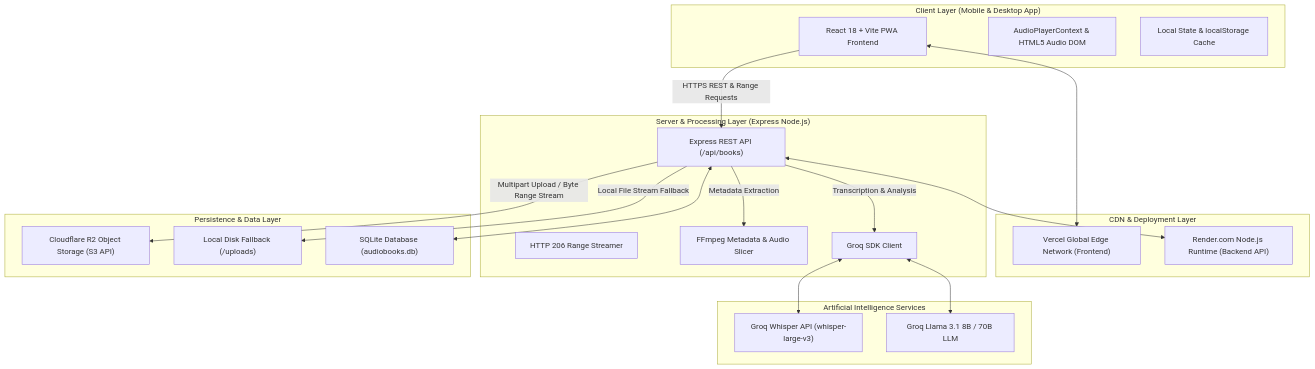
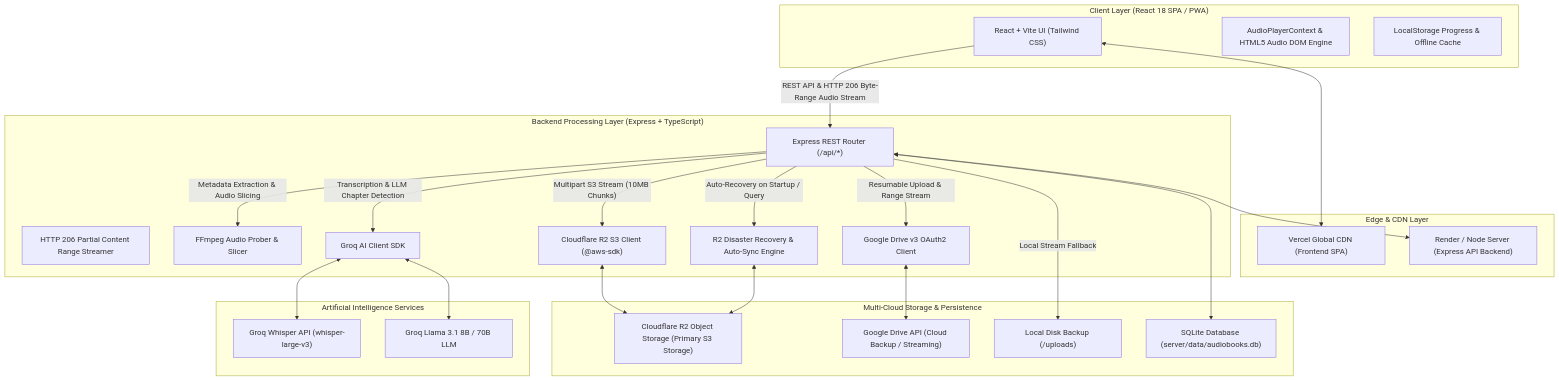
Before and after one commit to agnik07/MyAudioBook: the first of 2 diagrams in ARCHITECTURE.md, drawn with Mermaid. The commit also changed other lines of this file and 6 other files, not shown here.

Commit message:
feat: direct Cloudflare R2 audio streaming & fix UI refresh bug

````diff
--- a/ARCHITECTURE.md
+++ b/ARCHITECTURE.md
@@ -9,42 +9,51 @@
 ```mermaid
 graph TD
-    subgraph Client ["Client Layer (Mobile & Desktop App)"]
-        UI["React 18 + Vite PWA Frontend"]
-        CTX["AudioPlayerContext & HTML5 Audio DOM"]
-        STORE["Local State & localStorage Cache"]
+    subgraph Client ["Client Layer (React 18 SPA / PWA)"]
+        UI["React + Vite UI (Tailwind CSS)"]
+        CTX["AudioPlayerContext & HTML5 Audio DOM Engine"]
+        CACHE["LocalStorage Progress & Offline Cache"]
     end
 
-    subgraph CDN ["CDN & Deployment Layer"]
-        VERCEL["Vercel Global Edge Network (Frontend)"]
-        RENDER["Render.com Node.js Runtime (Backend API)"]
+    subgraph Edge ["Edge & CDN Layer"]
+        VERCEL["Vercel Global CDN (Frontend SPA)"]
+        RENDER["Render / Node Server (Express API Backend)"]
     end
 
-    subgraph Backend ["Server & Processing Layer (Express Node.js)"]
-        API["Express REST API (/api/books)"]
-        RANGE["HTTP 206 Range Streamer"]
-        FFMPEG["FFmpeg Metadata & Audio Slicer"]
-        GROQ_CLIENT["Groq SDK Client"]
+    subgraph Backend ["Backend Processing Layer (Express + TypeScript)"]
+        API["Express REST Router (/api/*)"]
+        RANGE["HTTP 206 Partial Content Range Streamer"]
+        FFMPEG["FFmpeg Audio Prober & Slicer"]
+        SYNC["R2 Disaster Recovery & Auto-Sync Engine"]
+        GROQ_CLIENT["Groq AI Client SDK"]
+        DRIVE_CLIENT["Google Drive v3 OAuth2 Client"]
+        R2_CLIENT["Cloudflare R2 S3 Client (@aws-sdk)"]
+    end
+
+    subgraph Storage ["Multi-Cloud Storage & Persistence"]
+        R2["Cloudflare R2 Object Storage (Primary S3 Storage)"]
+        GDRIVE["Google Drive API (Cloud Backup / Streaming)"]
+        LOCAL["Local Disk Backup (/uploads)"]
+        SQLITE["SQLite Database (server/data/audiobooks.db)"]
     end
 
     subgraph AI ["Artificial Intelligence Services"]
         WHISPER["Groq Whisper API (whisper-large-v3)"]
         LLAMA["Groq Llama 3.1 8B / 70B LLM"]
     end
 
-    subgraph Storage ["Persistence & Data Layer"]
-        R2["Cloudflare R2 Object Storage (S3 API)"]
-        LOCAL_UPLOADS["Local Disk Fallback (/uploads)"]
-        SQLITE["SQLite Database (audiobooks.db)"]
-    end
-
     UI <--> VERCEL
-    UI -- "HTTPS REST & Range Requests" --> API
+    UI -- "REST API & HTTP 206 Byte-Range Audio Stream" --> API
     API <--> RENDER
-    API -- "Multipart Upload / Byte Range Stream" --> R2
-    API -- "Local File Stream Fallback" --> LOCAL_UPLOADS
+    API -- "Multipart S3 Stream (10MB Chunks)" --> R2_CLIENT
+    R2_CLIENT <--> R2
+    API -- "Resumable Upload & Range Stream" --> DRIVE_CLIENT
+    DRIVE_CLIENT <--> GDRIVE
+    API -- "Local Stream Fallback" --> LOCAL
     API <--> SQLITE
-    API -- "Metadata Extraction" --> FFMPEG
-    API -- "Transcription & Analysis" --> GROQ_CLIENT
+    API -- "Metadata Extraction & Audio Slicing" --> FFMPEG
+    API -- "Auto-Recovery on Startup / Query" --> SYNC
+    SYNC <--> R2
+    API -- "Transcription & LLM Chapter Detection" --> GROQ_CLIENT
     GROQ_CLIENT <--> WHISPER
     GROQ_CLIENT <--> LLAMA
 ```
````
